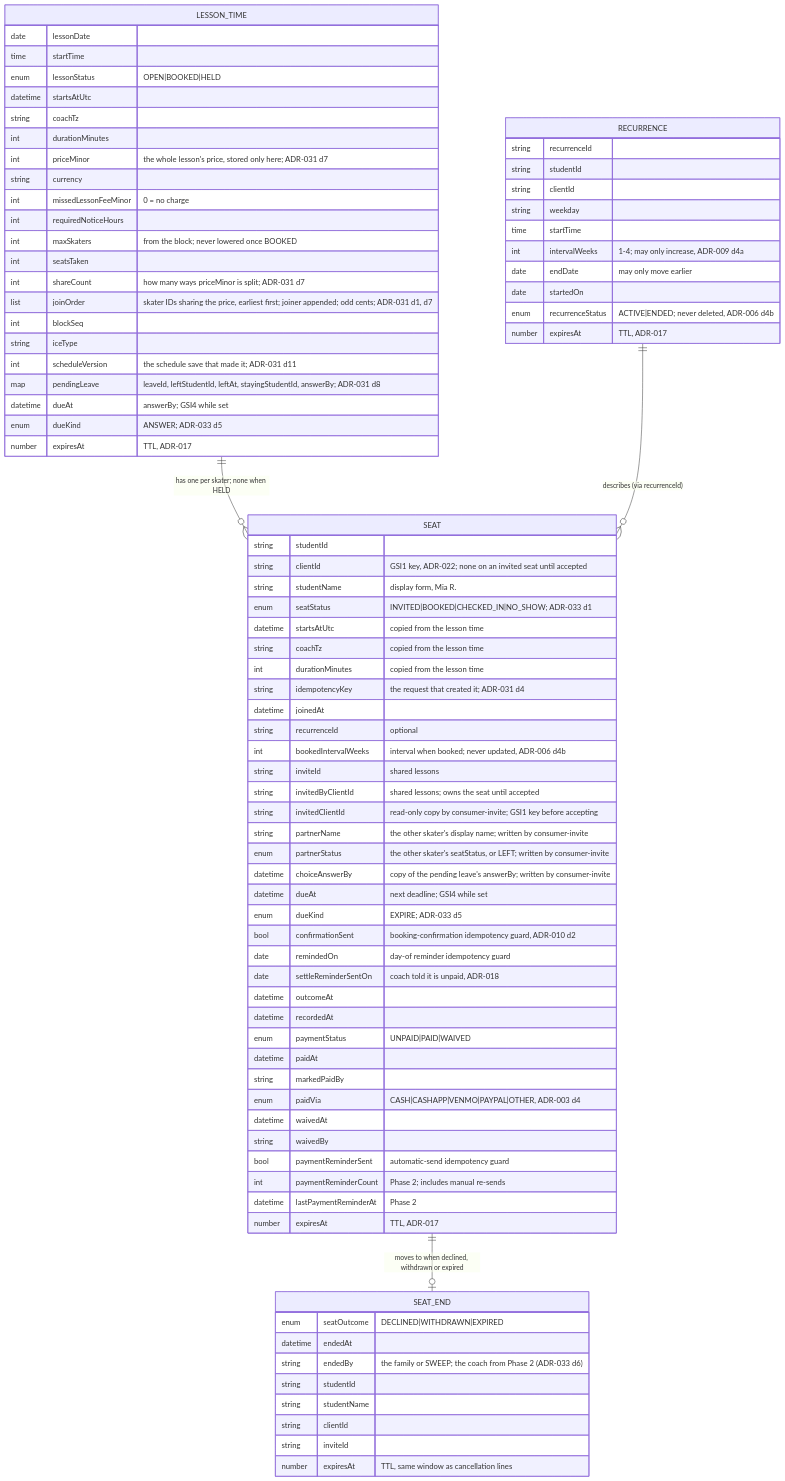
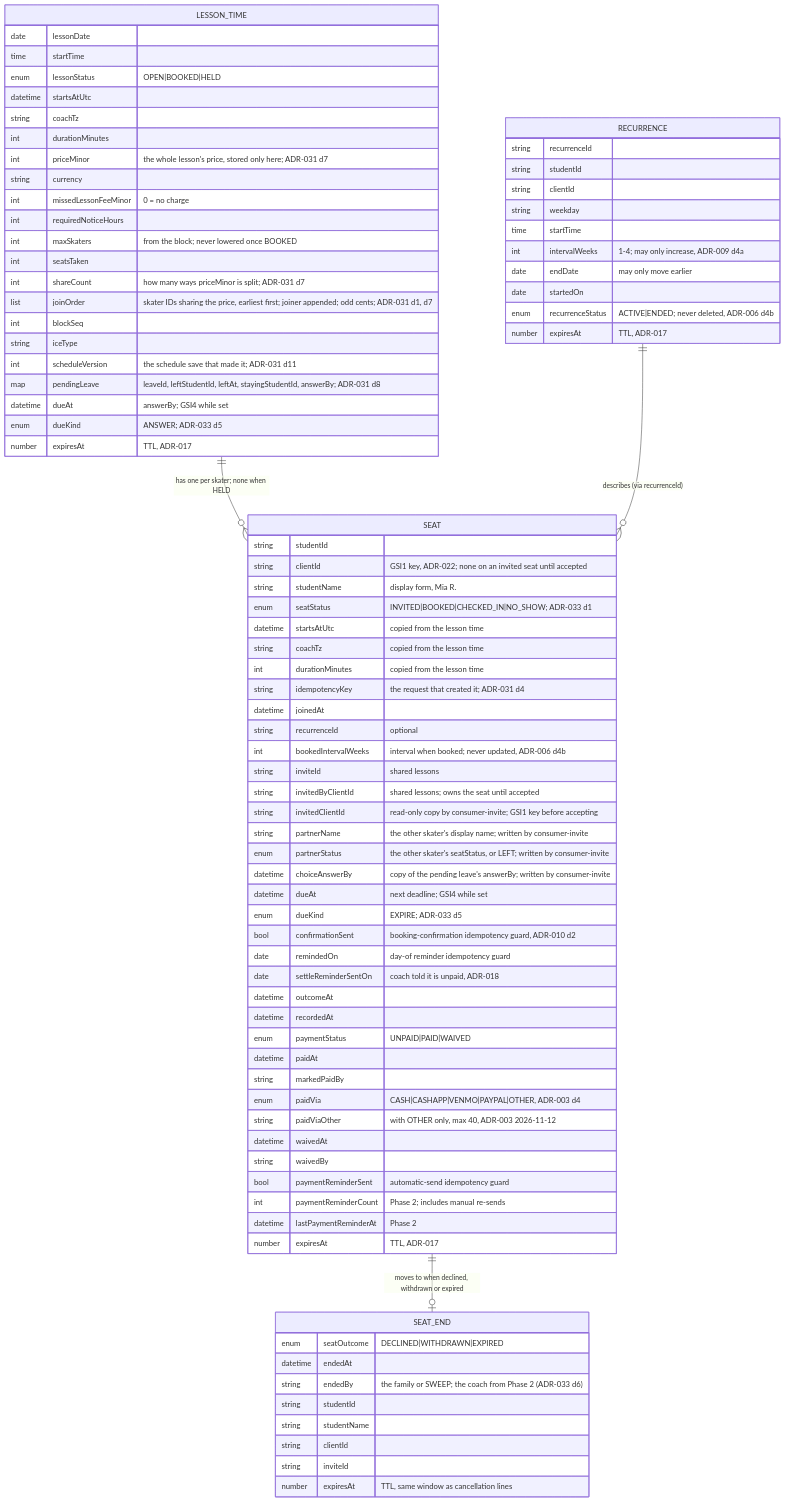
One commit to jessicamvega6/bladebook changed the sixth of 29 diagrams in docs/architecture.md. Above: the diagram before and after it, drawn with Mermaid. The commit also changed other lines of this file and 15 other files, not shown here.

First line of the commit message:
Notes, ADRs and designs: Mark paid's Other note

```diff
--- a/docs/architecture.md
+++ b/docs/architecture.md
@@ -443,6 +443,7 @@
         datetime paidAt
         string markedPaidBy
         enum   paidVia "CASH|CASHAPP|VENMO|PAYPAL|OTHER, ADR-003 d4"
+        string paidViaOther "with OTHER only, max 40, ADR-003 2026-11-12"
         datetime waivedAt
         string waivedBy
         bool   paymentReminderSent "automatic-send idempotency guard"
```
